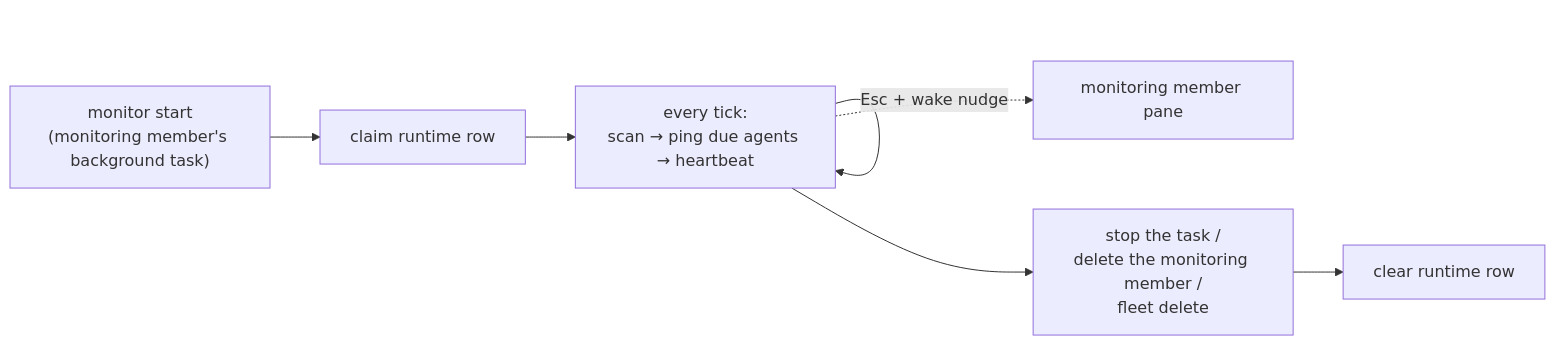
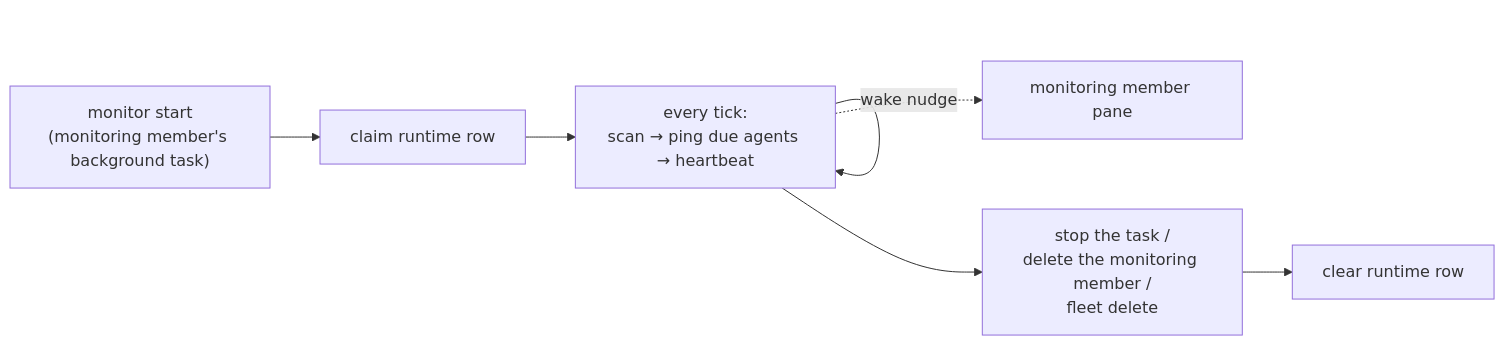
Before and after one commit to himkt/cafleet: the diagram in docs/concepts/monitoring.md, drawn with Mermaid. The commit also changed other lines of this file and 15 other files, not shown here.

Commit message:
docs: implement design 0000092 Phase A - Esc-safeguard docs, member nudge spec, mandatory monitoring member across skills

````diff
--- a/docs/concepts/monitoring.md
+++ b/docs/concepts/monitoring.md
@@ -159,10 +171,10 @@
 ```mermaid
 %%{init: {'theme': 'default', 'themeVariables': {'fontSize': '16px'}}}%%
 flowchart LR
     Start["monitor start<br/>(monitoring member's background task)"] --> Claim["claim runtime row"]
     Claim --> Tick["every tick:<br/>scan → ping due agents → heartbeat"]
     Tick --> Tick
     Tick --> Stop["stop the task /<br/>delete the monitoring member /<br/>fleet delete"]
     Stop --> Clear["clear runtime row"]
-    Tick -. Esc + wake nudge .-> PaneMon["monitoring member pane"]
+    Tick -. wake nudge .-> PaneMon["monitoring member pane"]
 ```
````
